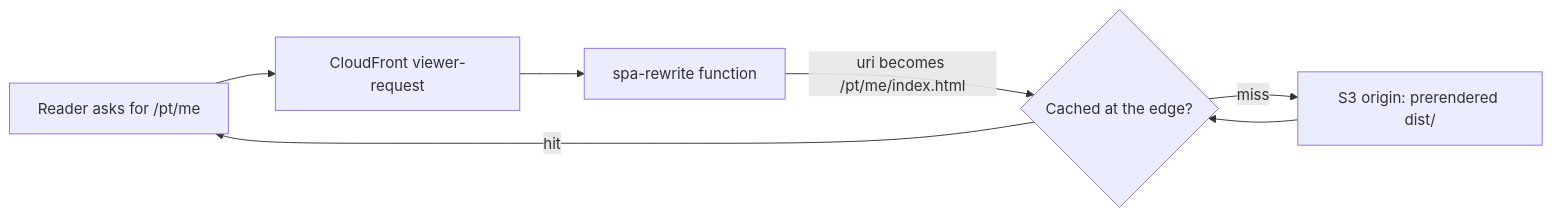
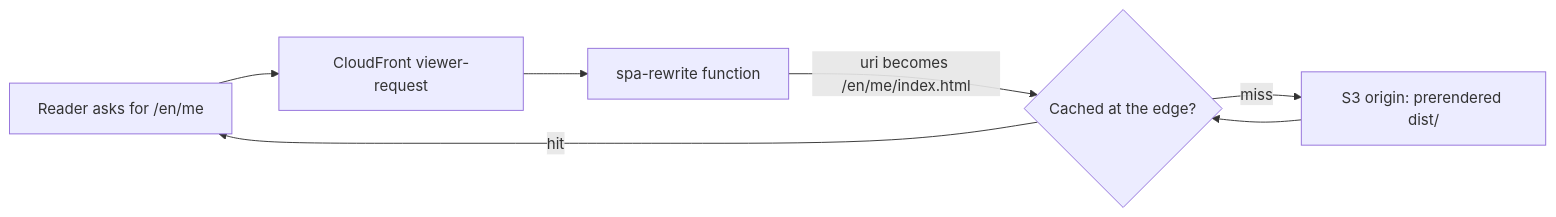
One commit to tedeuxx/tadeumendonca-io changed the diagram in apps/fed/src/content/architecture.en.md. Above: the diagram before and after it, drawn with Mermaid. The commit also changed other lines of this file and 10 other files, not shown here.

````diff
--- a/apps/fed/src/content/architecture.en.md
+++ b/apps/fed/src/content/architecture.en.md
@@ -13,11 +13,11 @@
 ```mermaid
 flowchart LR
   accTitle: How a request becomes a page
   accDescr: A reader requests a slash-less URL. CloudFront runs the spa-rewrite function on viewer-request, which appends index.html. A cache hit answers from the edge; a miss fetches the prerendered object from the S3 origin.
-  R["Reader asks for /pt/me"] --> V["CloudFront viewer-request"]
+  R["Reader asks for /en/me"] --> V["CloudFront viewer-request"]
   V --> F["spa-rewrite function"]
-  F -- "uri becomes /pt/me/index.html" --> C{"Cached at the edge?"}
+  F -- "uri becomes /en/me/index.html" --> C{"Cached at the edge?"}
   C -- "hit" --> R
   C -- "miss" --> S["S3 origin: prerendered dist/"]
   S --> C
 ```
````
